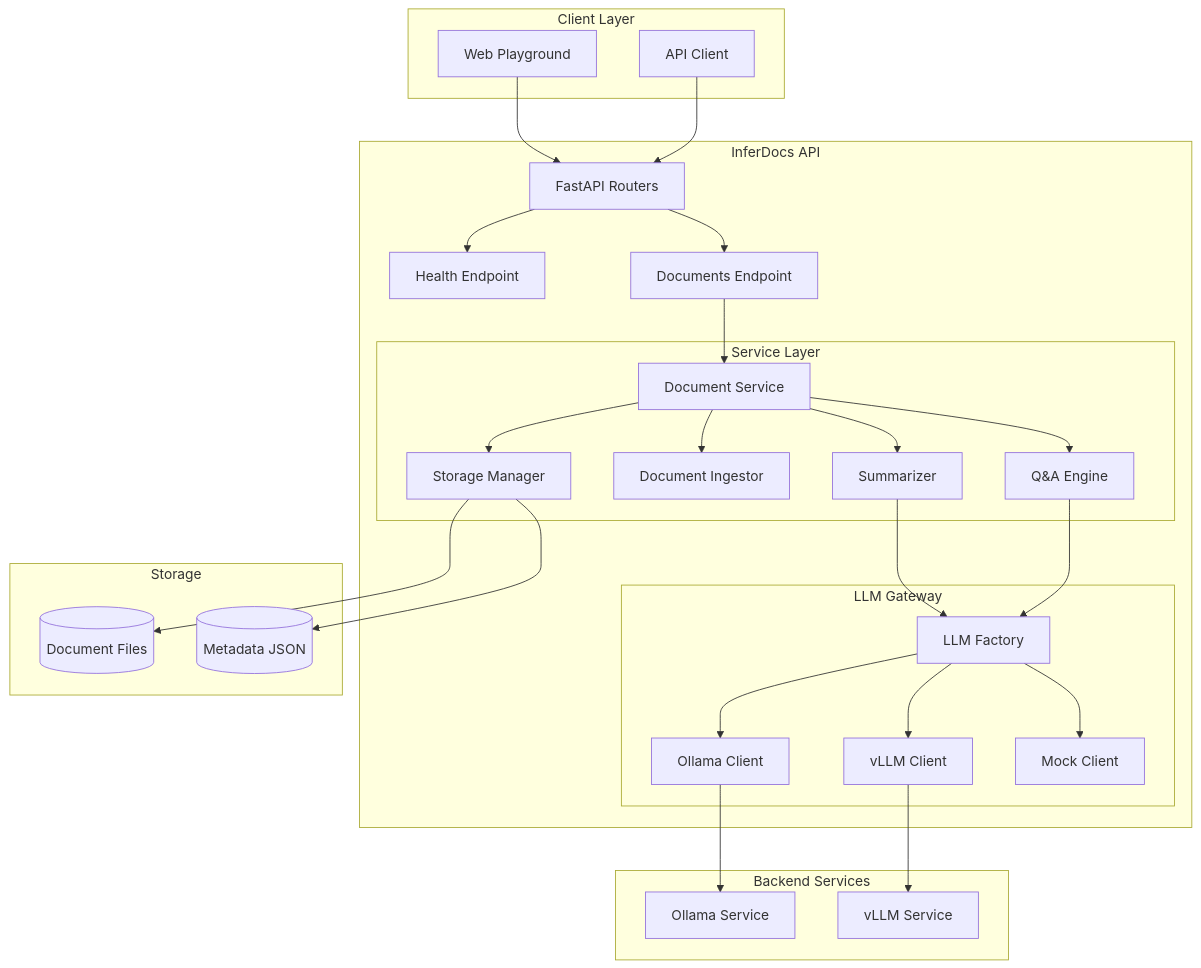
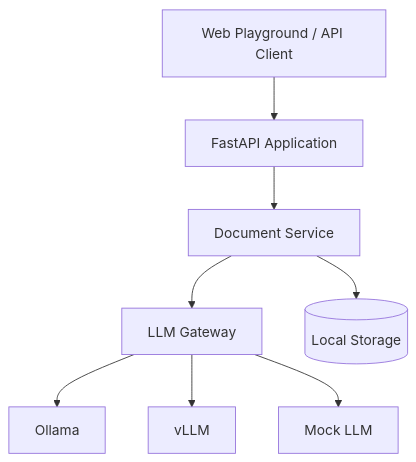
Before and after one commit to kpalubicki/inferdocs: the diagram in README.md, drawn with Mermaid. The commit also changed other lines of this file, not shown here.

````diff
--- a/README.md
+++ b/README.md
@@ -24,62 +21,19 @@
 ```mermaid
 graph TB
-    subgraph "Client Layer"
-        UI[Web Playground]
-        API_CLIENT[API Client]
-    end
+    Client[Web Playground / API Client]
+    API[FastAPI Application]
+    DocService[Document Service]
+    LLMGateway[LLM Gateway]
+    Storage[(Local Storage)]
+    Ollama[Ollama]
+    vLLM[vLLM]
+    Mock[Mock LLM]
 
-    subgraph "InferDocs API"
-        ROUTER[FastAPI Routers]
-        HEALTH[Health Endpoint]
-        DOCS[Documents Endpoint]
-
-        subgraph "Service Layer"
-            DOC_SERVICE[Document Service]
-            STORAGE[Storage Manager]
-            INGESTOR[Document Ingestor]
-            SUMMARIZER[Summarizer]
-            QA[Q&A Engine]
-        end
-
-        subgraph "LLM Gateway"
-            FACTORY[LLM Factory]
-            OLLAMA[Ollama Client]
-            VLLM[vLLM Client]
-            MOCK[Mock Client]
-        end
-    end
-
-    subgraph "Backend Services"
-        OLLAMA_SVC[Ollama Service]
-        VLLM_SVC[vLLM Service]
-    end
-
-    subgraph "Storage"
-        FILES[(Document Files)]
-        META[(Metadata JSON)]
-    end
-
-    UI --> ROUTER
-    API_CLIENT --> ROUTER
-    ROUTER --> HEALTH
-    ROUTER --> DOCS
-
-    DOCS --> DOC_SERVICE
-    DOC_SERVICE --> STORAGE
-    DOC_SERVICE --> INGESTOR
-    DOC_SERVICE --> SUMMARIZER
-    DOC_SERVICE --> QA
-
-    SUMMARIZER --> FACTORY
-    QA --> FACTORY
-
-    FACTORY --> OLLAMA
-    FACTORY --> VLLM
-    FACTORY --> MOCK
-
-    OLLAMA --> OLLAMA_SVC
-    VLLM --> VLLM_SVC
-
-    STORAGE --> FILES
-    STORAGE --> META
+    Client --> API
+    API --> DocService
+    DocService --> LLMGateway
+    DocService --> Storage
+    LLMGateway --> Ollama
+    LLMGateway --> vLLM
+    LLMGateway --> Mock
 ```
````
